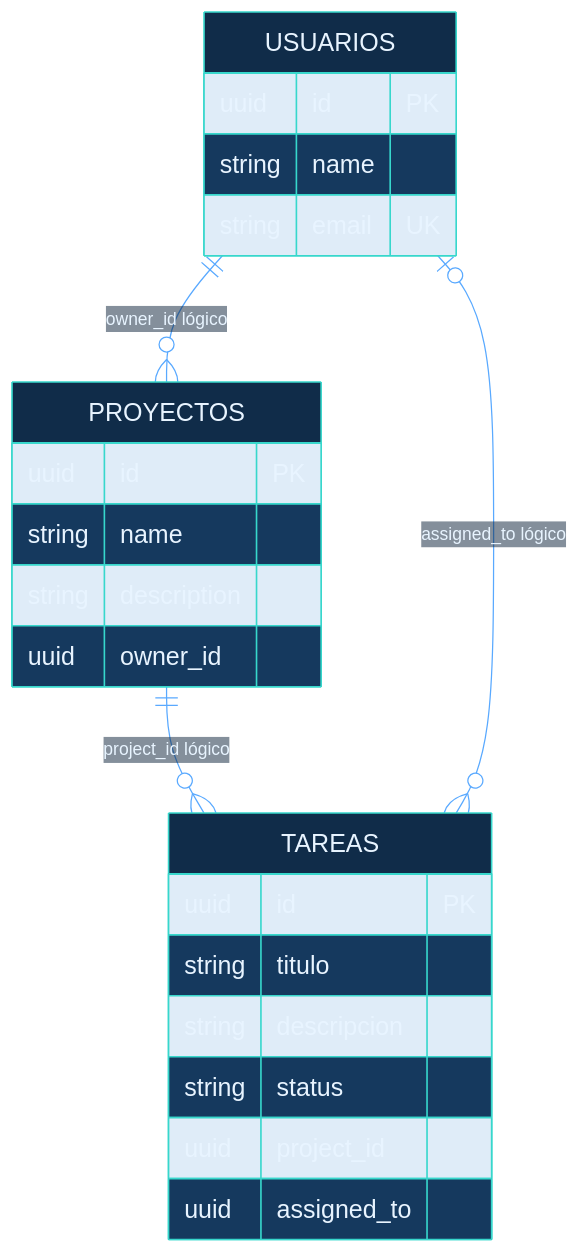
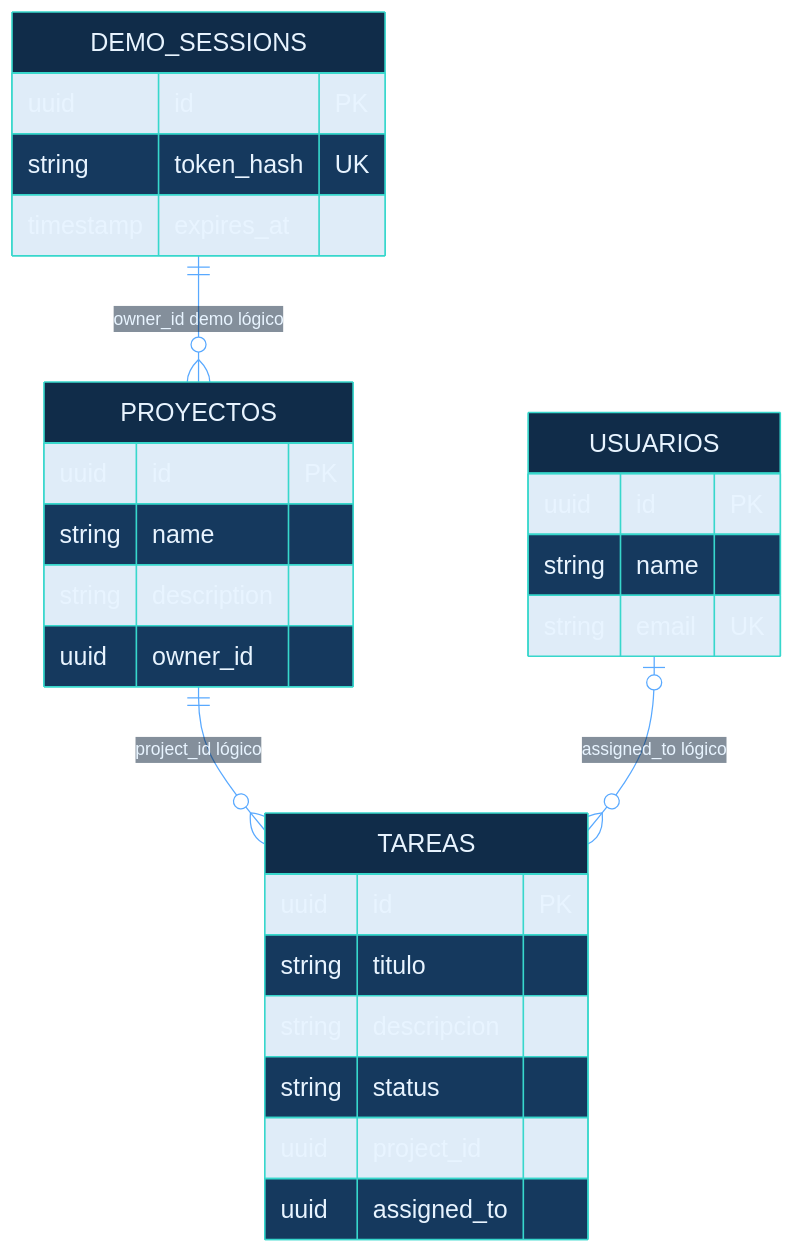
The diagram in docs/diagrams/sources/data-model.mmd (AirooSs/gestion-tareas-fullstack), drawn with Mermaid before and after one commit. The commit also changed 15 other files, not shown here.

```diff
--- a/docs/diagrams/sources/data-model.mmd
+++ b/docs/diagrams/sources/data-model.mmd
@@ -1,24 +1,29 @@
 %%{init: {"theme":"base","themeCSS":".row-rect-odd path:first-child { fill: #102c49 !important; } .row-rect-even path:first-child { fill: #163b5d !important; } .edgeLabel div { background: #071426 !important; }","themeVariables":{"tertiaryColor":"#0b2139","actorTextColor":"#e8f4ff","labelBoxBkgColor":"#102c49","nodeBorder":"#37d7cc","noteBorderColor":"#37d7cc","labelTextColor":"#e8f4ff","primaryBorderColor":"#37d7cc","primaryTextColor":"#e8f4ff","lineColor":"#59a9ff","secondaryColor":"#163b5d","noteTextColor":"#e8f4ff","background":"#071426","actorBkg":"#102c49","labelBoxBorderColor":"#37d7cc","edgeLabelBackground":"#071426","actorBorder":"#37d7cc","textColor":"#e8f4ff","signalTextColor":"#e8f4ff","signalColor":"#84c8ff","mainBkg":"#102c49","actorLineColor":"#5f9bbd","noteBkgColor":"#163b5d","attributeBackgroundColorOdd":"#102c49","attributeBackgroundColorEven":"#163b5d","fontSize":"20px","primaryColor":"#102c49","fontFamily":"Arial","loopTextColor":"#e8f4ff"}}}%%
 erDiagram
- USUARIOS ||--o{ PROYECTOS : "owner_id lógico"
+ DEMO_SESSIONS ||--o{ PROYECTOS : "owner_id demo lógico"
  PROYECTOS ||--o{ TAREAS : "project_id lógico"
  USUARIOS o|--o{ TAREAS : "assigned_to lógico"
+ DEMO_SESSIONS {
+ uuid id PK
+ string token_hash UK
+ timestamp expires_at
+ }
  USUARIOS {
  uuid id PK
  string name
  string email UK
  }
  PROYECTOS {
  uuid id PK
  string name
  string description
  uuid owner_id
  }
  TAREAS {
  uuid id PK
  string titulo
  string descripcion
  string status
  uuid project_id
  uuid assigned_to
  }
```
